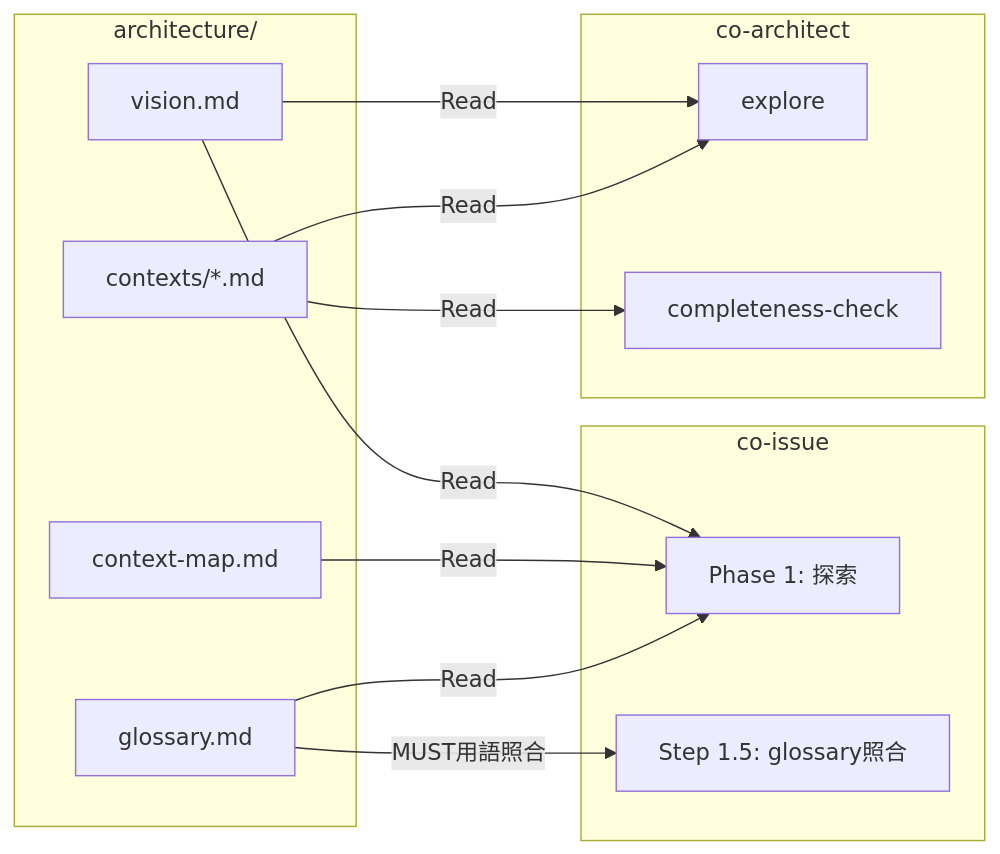
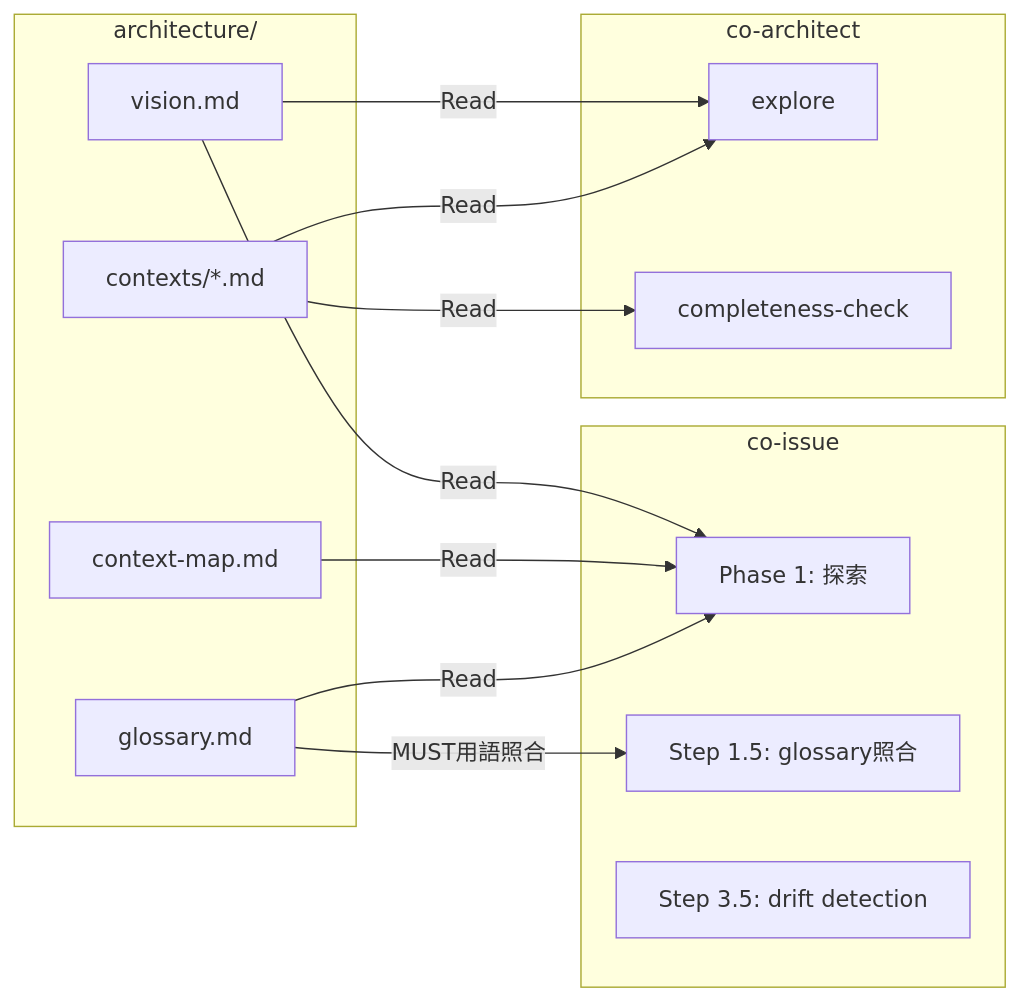
Before and after one commit to shuu5/twill: the second of 2 diagrams in plugins/dev/architecture/domain/context-map.md, drawn with Mermaid. The commit also changed other lines of this file and 6 other files, not shown here.

First line of the commit message:
docs(architecture): #210-#212 反映 - ADR-008, DCI双方向化, drift detection

````diff
--- a/plugins/dev/architecture/domain/context-map.md
+++ b/plugins/dev/architecture/domain/context-map.md
@@ -81,28 +83,29 @@
 ```mermaid
 graph LR
     subgraph "architecture/"
         V["vision.md"]
         CM["context-map.md"]
         G["glossary.md"]
         CTX["contexts/*.md"]
     end
 
     subgraph "co-issue"
         P1["Phase 1: 探索"]
         S15["Step 1.5: glossary照合"]
+        S35["Step 3.5: drift detection"]
     end
 
     subgraph "co-architect"
         E["explore"]
         CC["completeness-check"]
     end
 
     V -->|"Read"| P1
     CM -->|"Read"| P1
     G -->|"Read"| P1
     G -->|"MUST用語照合"| S15
 
     V -->|"Read"| E
     CTX -->|"Read"| E
     CTX -->|"Read"| CC
 ```
````
